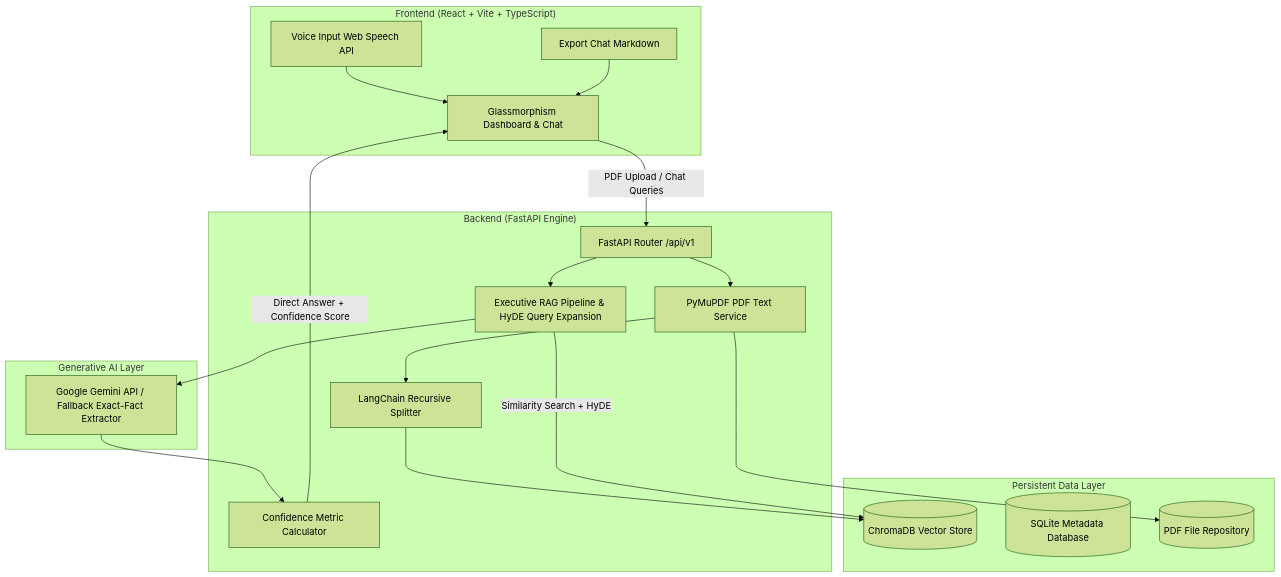
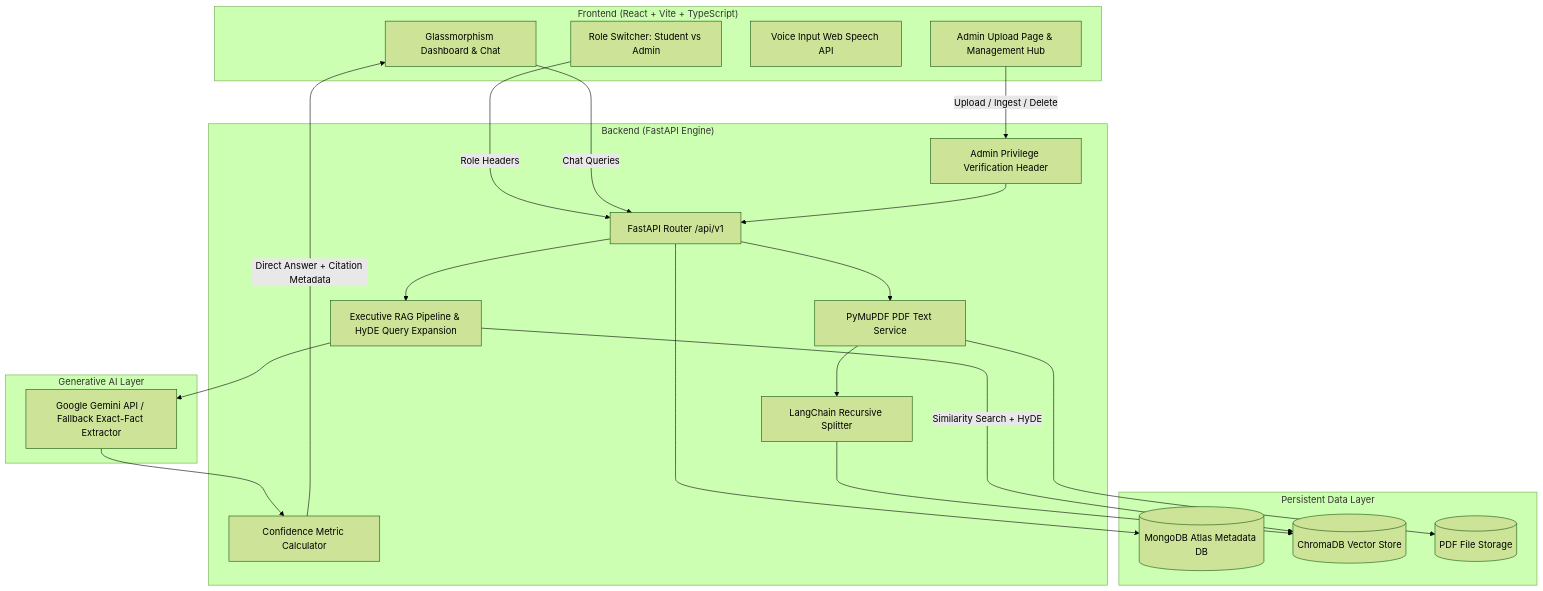
One commit to Livesh28/RAG_DOCUMENT changed the diagram in README.md. Above: the diagram before and after it, drawn with Mermaid (forest theme). The commit also changed other lines of this file and 22 other files, not shown here.

````diff
--- a/README.md
+++ b/README.md
@@ -37,39 +49,43 @@
 ```mermaid
 flowchart TD
     subgraph Client ["Frontend (React + Vite + TypeScript)"]
         UI[Glassmorphism Dashboard & Chat]
+        AdminHub[Admin Upload Page & Management Hub]
         Speech[Voice Input Web Speech API]
-        Export[Export Chat Markdown]
+        RoleControl[Role Switcher: Student vs Admin]
     end
 
     subgraph Server ["Backend (FastAPI Engine)"]
         API[FastAPI Router /api/v1]
+        Security[Admin Privilege Verification Header]
         PDFService[PyMuPDF PDF Text Service]
         Chunker[LangChain Recursive Splitter]
         RAGPipeline[Executive RAG Pipeline & HyDE Query Expansion]
         ConfidenceEngine[Confidence Metric Calculator]
     end
 
     subgraph Storage ["Persistent Data Layer"]
+        MongoDB[(MongoDB Atlas Metadata DB)]
         Chroma[(ChromaDB Vector Store)]
-        SQLite[(SQLite Metadata Database)]
-        Uploads[(PDF File Repository)]
+        Uploads[(PDF File Storage)]
     end
 
     subgraph LLM ["Generative AI Layer"]
         Gemini[Google Gemini API / Fallback Exact-Fact Extractor]
     end
 
-    UI -->|PDF Upload / Chat Queries| API
-    Speech --> UI
+    RoleControl -->|Role Headers| API
+    UI -->|Chat Queries| API
+    AdminHub -->|Upload / Ingest / Delete| Security
+    Security --> API
+    API --> MongoDB
     API --> PDFService
     PDFService --> Uploads
     PDFService --> Chunker
     Chunker --> Chroma
     API --> RAGPipeline
     RAGPipeline -->|Similarity Search + HyDE| Chroma
     RAGPipeline --> Gemini
     Gemini --> ConfidenceEngine
-    ConfidenceEngine -->|Direct Answer + Confidence Score| UI
-    Export --> UI
+    ConfidenceEngine -->|Direct Answer + Citation Metadata| UI
 ```
````
